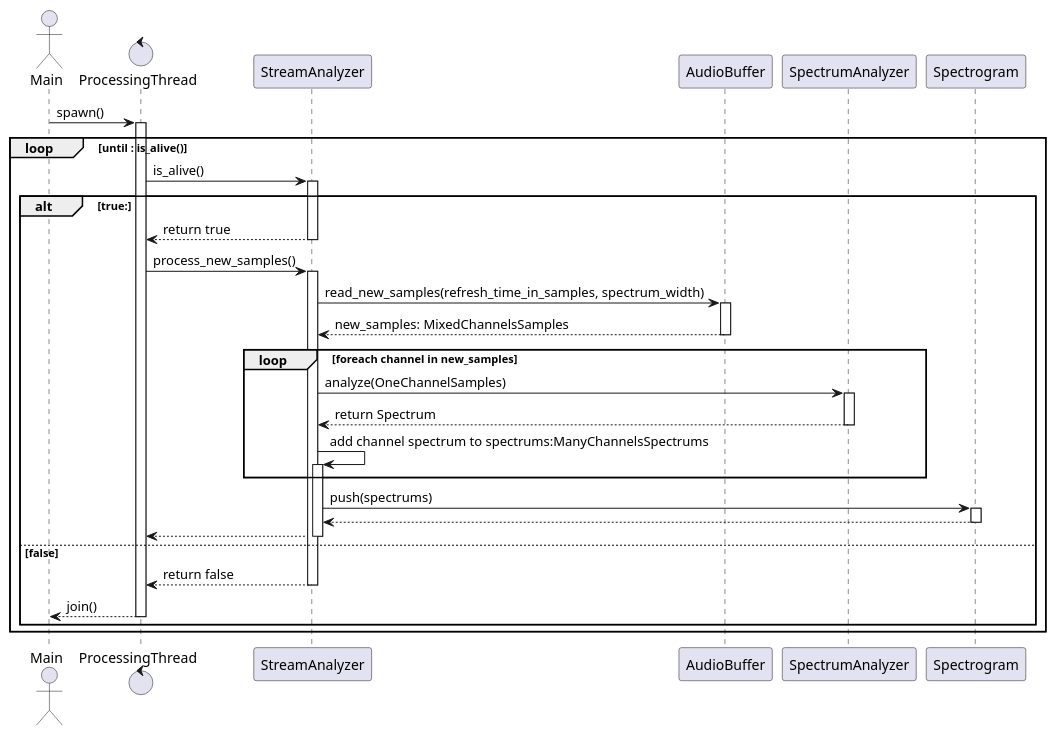
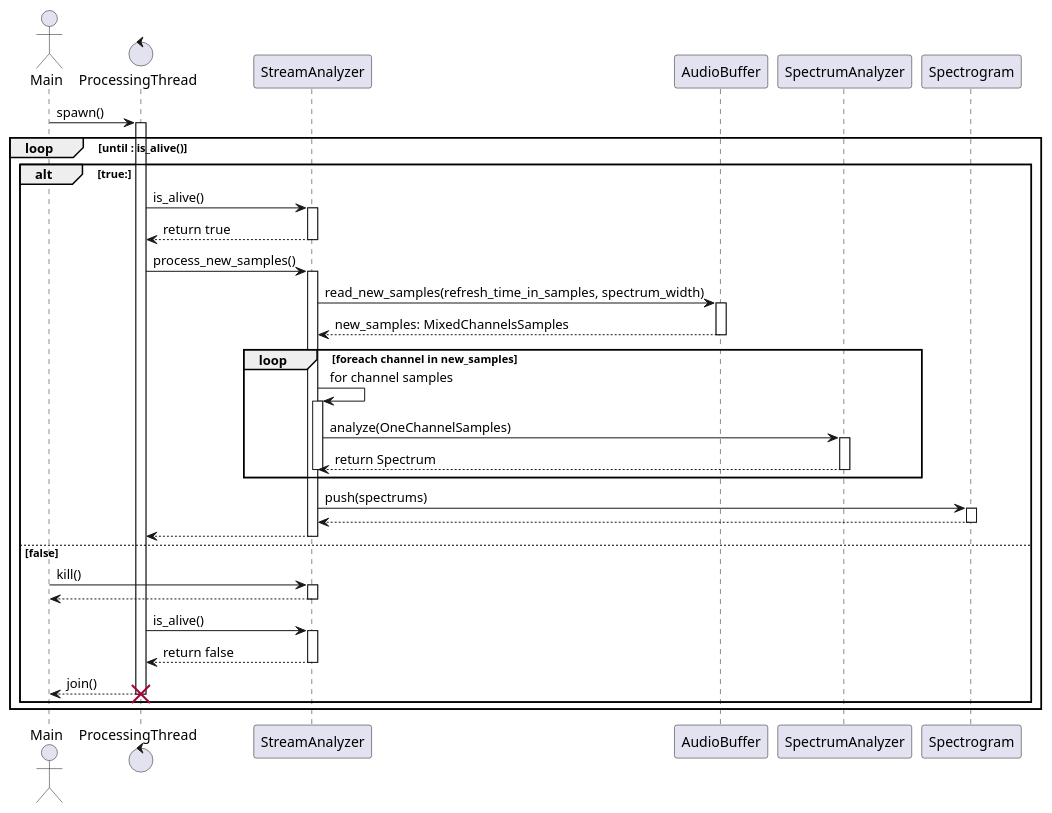
Before and after one commit to walkiewicz125/RtAudioEffect: the diagram in diagrams/stream_analyzer.puml, drawn with PlantUML. The commit also changed 6 other files, not shown here.

Commit message:
some, aligment in logging and diagrams

```diff
--- a/diagrams/stream_analyzer.puml
+++ b/diagrams/stream_analyzer.puml
@@ -1,34 +1,39 @@
 @startuml "processing new samples"
 autoactivate on
 
 actor Main
 control ProcessingThread as Thread
 
 Main -> Thread : spawn()
 loop until : is_alive()
-    Thread -> StreamAnalyzer : is_alive()
     alt true:
+        Thread -> StreamAnalyzer : is_alive()
         Thread <-- StreamAnalyzer : return true
         Thread -> StreamAnalyzer : process_new_samples()
         StreamAnalyzer -> AudioBuffer : read_new_samples(refresh_time_in_samples, spectrum_width)
         StreamAnalyzer <-- AudioBuffer : new_samples: MixedChannelsSamples
 
         loop foreach channel in new_samples
-        StreamAnalyzer -> SpectrumAnalyzer : analyze(OneChannelSamples)
-        StreamAnalyzer <-- SpectrumAnalyzer : return Spectrum
-        StreamAnalyzer -> StreamAnalyzer : add channel spectrum to spectrums:ManyChannelsSpectrums
+            StreamAnalyzer -> StreamAnalyzer : for channel samples
+            StreamAnalyzer -> SpectrumAnalyzer : analyze(OneChannelSamples)
+            StreamAnalyzer <-- SpectrumAnalyzer : return Spectrum
+            deactivate StreamAnalyzer
         end
 
         StreamAnalyzer -> Spectrogram : push(spectrums)
         StreamAnalyzer <-- Spectrogram
 
         Thread <-- StreamAnalyzer
     else false
+        Main -> StreamAnalyzer : kill()
+        Main <-- StreamAnalyzer :
+        Thread -> StreamAnalyzer : is_alive()
         Thread <-- StreamAnalyzer : return false
         Main <-- Thread : join()
+        destroy Thread
     end
 end
 
 
 
 @enduml
```
